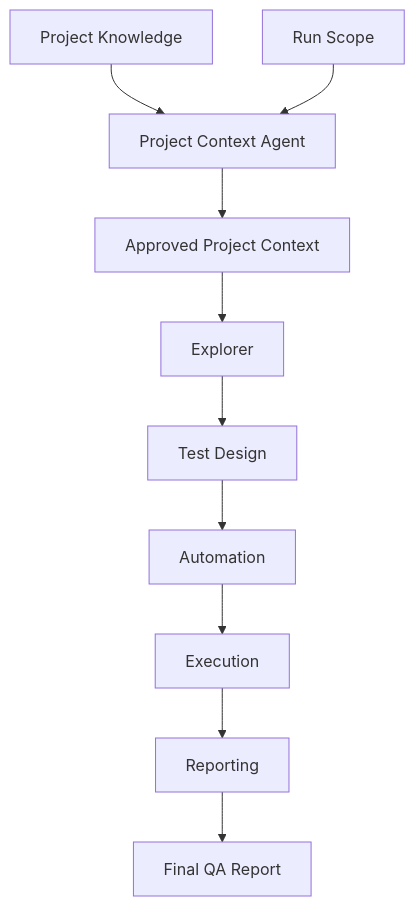
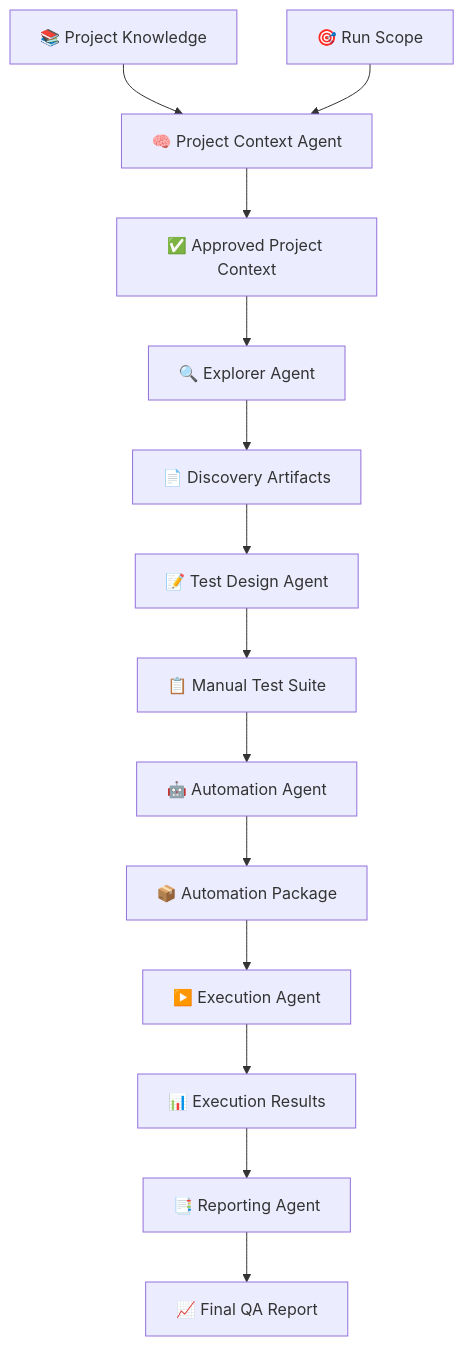
Before and after one commit to HusseinAtaHussein1/AISeatMap: the first of 5 diagrams in README.md, drawn with Mermaid. The commit also changed other lines of this file, not shown here.

````diff
--- a/README.md
+++ b/README.md
@@ -11,12 +87,33 @@
 ```mermaid
 flowchart TD
-PK[Project Knowledge] --> PCA[Project Context Agent]
-RS[Run Scope] --> PCA
-PCA --> PC[Approved Project Context]
-PC --> EXP[Explorer]
-EXP --> TD[Test Design]
-TD --> AUTO[Automation]
-AUTO --> EXEC[Execution]
-EXEC --> REP[Reporting]
-REP --> QA[Final QA Report]
+
+    PK["📚 Project Knowledge"]
+    RS["🎯 Run Scope"]
+
+    PK --> PCA
+    RS --> PCA
+
+    PCA["🧠 Project Context Agent"]
+
+    PCA --> PC["✅ Approved Project Context"]
+
+    PC --> EXP["🔍 Explorer Agent"]
+
+    EXP --> DISC["📄 Discovery Artifacts"]
+
+    DISC --> TD["📝 Test Design Agent"]
+
+    TD --> TESTS["📋 Manual Test Suite"]
+
+    TESTS --> AUTO["🤖 Automation Agent"]
+
+    AUTO --> PACKAGE["📦 Automation Package"]
+
+    PACKAGE --> EXEC["▶️ Execution Agent"]
+
+    EXEC --> RESULTS["📊 Execution Results"]
+
+    RESULTS --> REPORT["📑 Reporting Agent"]
+
+    REPORT --> FINAL["📈 Final QA Report"]
 ```
````
